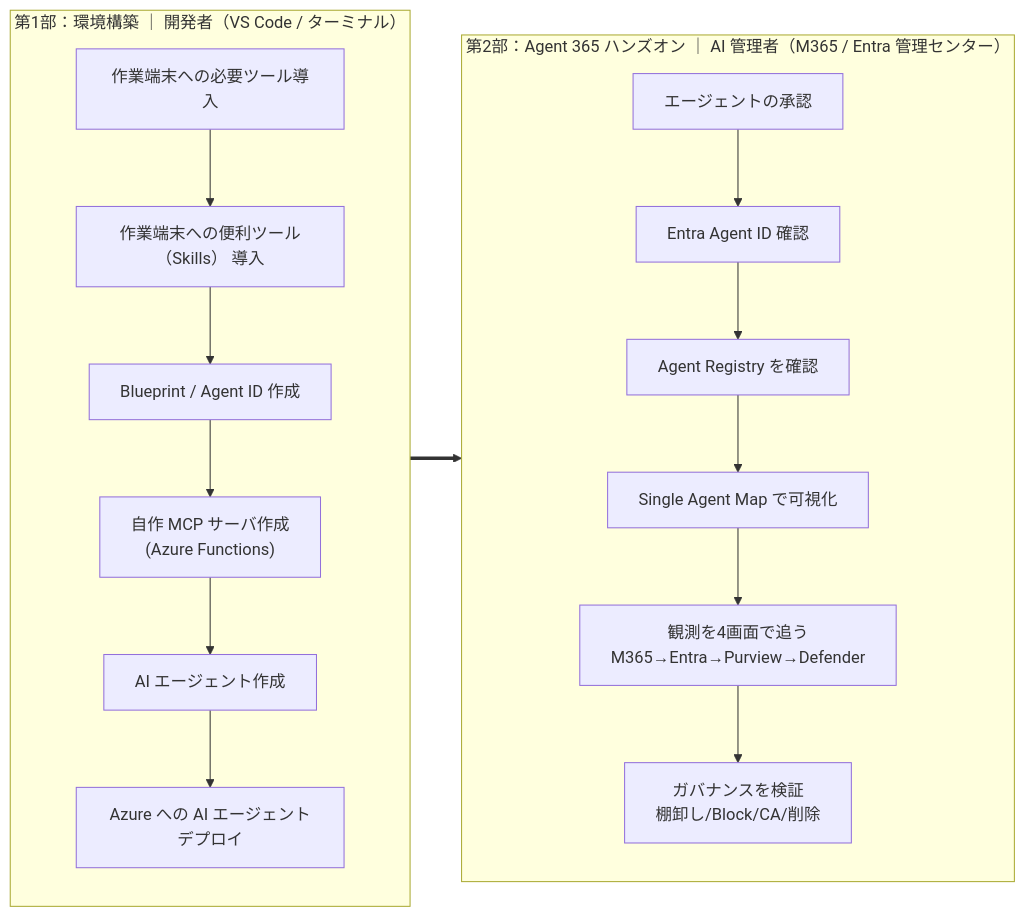
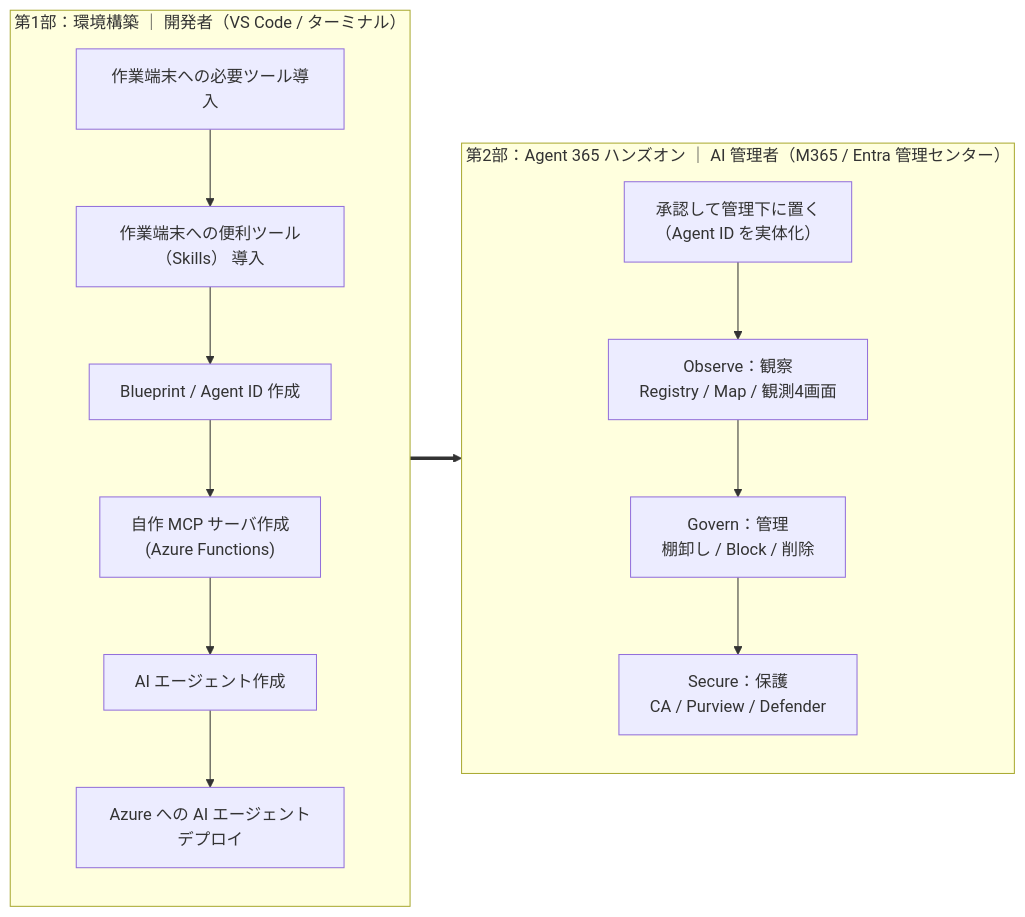
Before and after one commit to fatman3110/Agent365-Training: the diagram in README.MD, drawn with Mermaid. The commit also changed other lines of this file and 1 other file, not shown here.

Commit message:
docs(part2): Learnの3本柱(Observe/Govern/Secure)に沿って第2部を再構成

````diff
--- a/README.MD
+++ b/README.MD
@@ -24,17 +24,16 @@
 ```mermaid
 flowchart LR
     subgraph P1["第1部：環境構築 ｜ 開発者（VS Code / ターミナル）"]
         direction TB
         A1["作業端末への必要ツール導入"] --> A2["作業端末への便利ツール（Skills） 導入"] --> A3["Blueprint / Agent ID 作成"]
         A3 --> A4["自作 MCP サーバ作成<br/>(Azure Functions)"] --> A5["AI エージェント作成"]
         A5 --> A6["Azure への AI エージェントデプロイ"]
     end
     subgraph P2["第2部：Agent 365 ハンズオン ｜ AI 管理者（M365 / Entra 管理センター）"]
         direction TB
-        B1["エージェントの承認"] --> B2["Entra Agent ID 確認"]
-        B2 --> B3["Agent Registry を確認"] --> B4["Single Agent Map で可視化"]
-        B4 --> B5["観測を4画面で追う<br/>M365→Entra→Purview→Defender"]
-        B5 --> B6["ガバナンスを検証<br/>棚卸し/Block/CA/削除"]
+        B1["承認して管理下に置く<br/>（Agent ID を実体化）"] --> B2["Observe：観察<br/>Registry / Map / 観測4画面"]
+        B2 --> B3["Govern：管理<br/>棚卸し / Block / 削除"]
+        B3 --> B4["Secure：保護<br/>CA / Purview / Defender"]
     end
     A6 ==> B1
 ```
````
